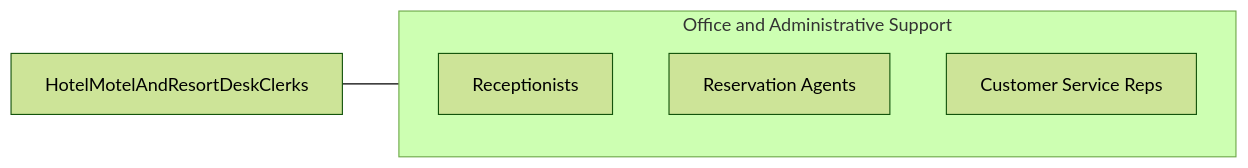
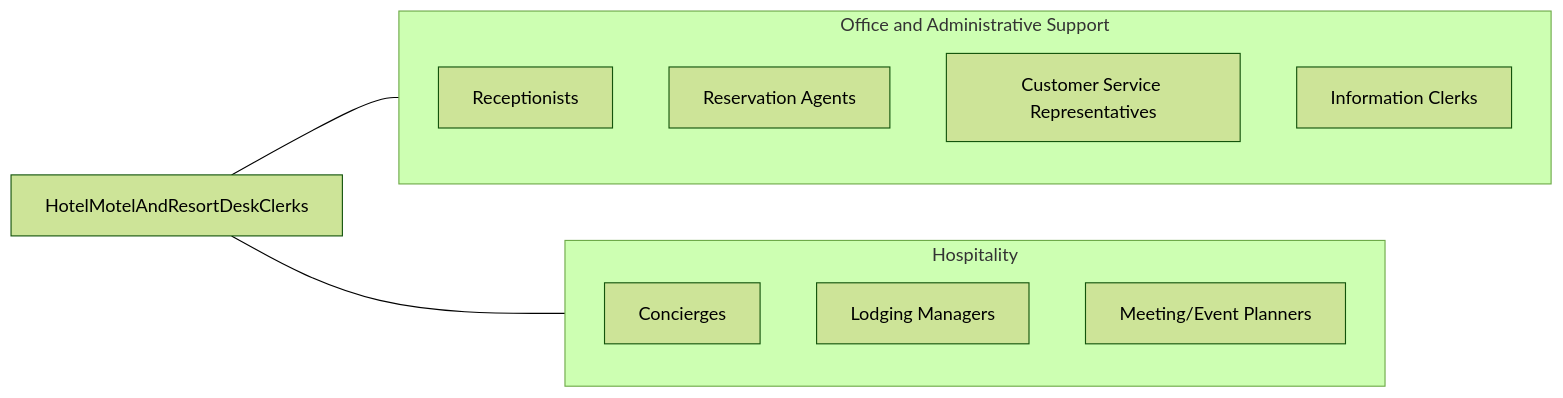
One commit to kziemski/business.org.ai changed the fourth of 4 diagrams in occupations/Administrative/HotelMotelAndResortDeskClerks.mdx. Above: the diagram before and after it, drawn with Mermaid (forest theme). The commit also changed other lines of this file and 19 other files, not shown here.

````diff
--- a/occupations/Administrative/HotelMotelAndResortDeskClerks.mdx
+++ b/occupations/Administrative/HotelMotelAndResortDeskClerks.mdx
@@ -105,10 +226,20 @@
 ```mermaid
 graph LR
     Current["HotelMotelAndResortDeskClerks"]
+
     subgraph SameCategory["Office and Administrative Support"]
-        RReceptionists["Receptionists"]
-        RReservationAgents["Reservation Agents"]
-        RCustomerServiceReps["Customer Service Reps"]
+        Receptionists["Receptionists"]
+        ReservationAgents["Reservation Agents"]
+        CustomerServiceReps["Customer Service Representatives"]
+        InformationClerks["Information Clerks"]
     end
+
+    subgraph CrossFunctional["Hospitality"]
+        Concierge["Concierges"]
+        LodgingManagers["Lodging Managers"]
+        MeetingPlanners["Meeting/Event Planners"]
+    end
+
     Current --- SameCategory
+    Current --- CrossFunctional
 ```
````
